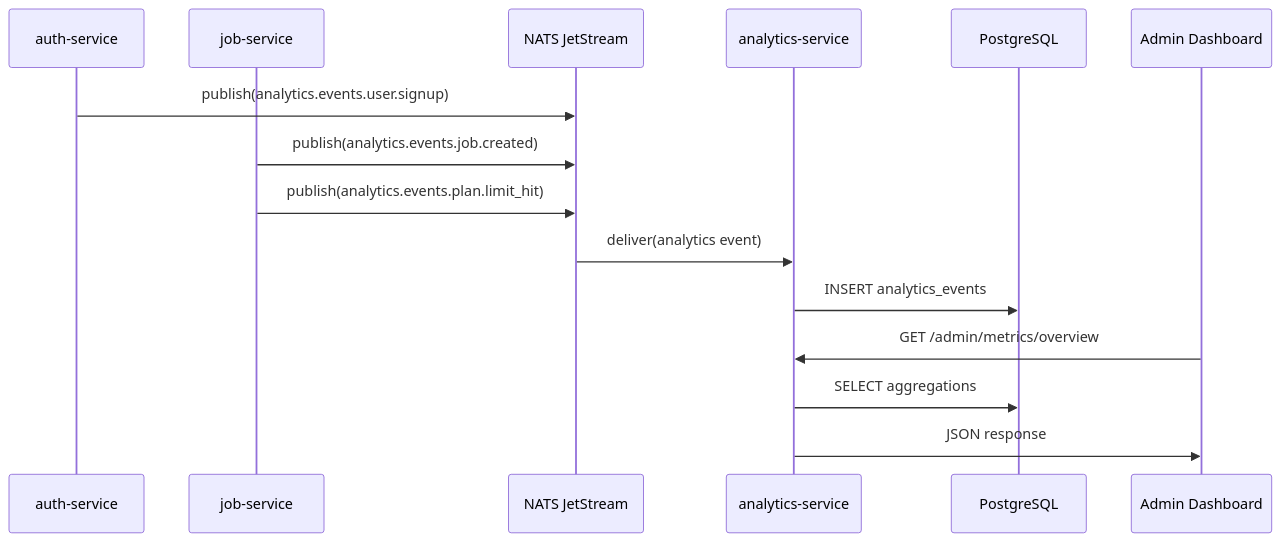
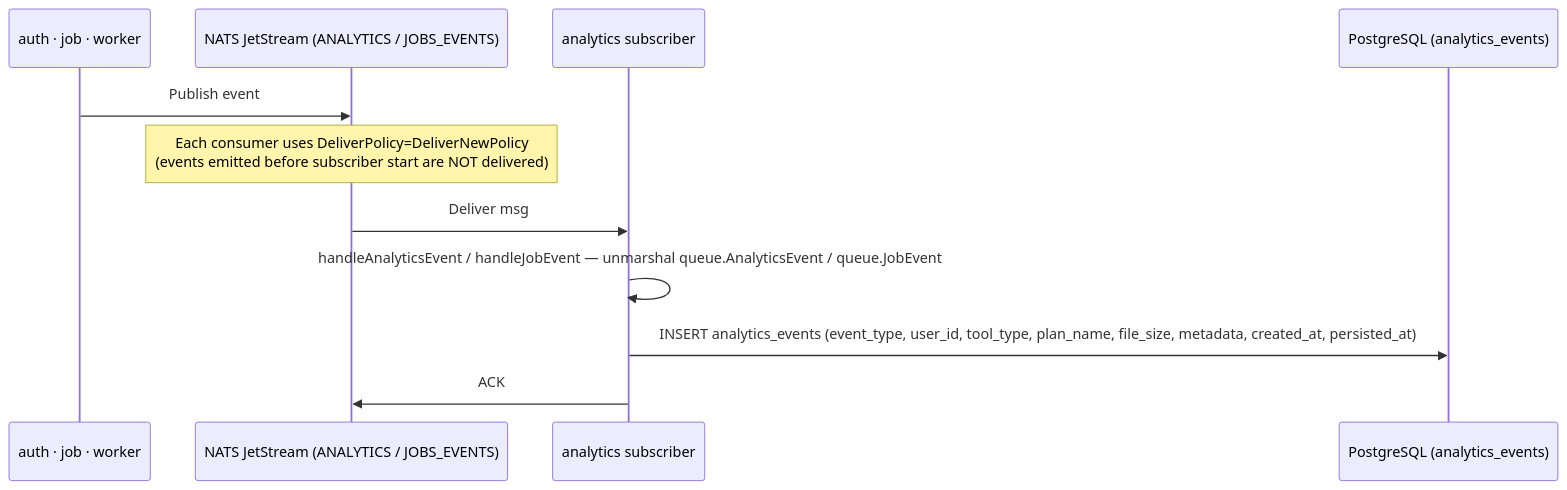
The third of 4 diagrams in docs/developer/mermaid/service-analytics-service-architecture.md (Prachidubey2003/fyredocs_backend), drawn with Mermaid before and after one commit. The commit also changed other lines of this file and 39 other files, not shown here.

Commit message:
Refactor PDF services to use NATS JetStream for job dispatch and event publishing; enhance documentation for OPTIMIZE_PDF and ORGANIZE_PDF services; remove deprecated UPLOAD_SERVICE documentation; update OpenAPI spec for improved clarity and accuracy.

````diff
--- a/docs/developer/mermaid/service-analytics-service-architecture.md
+++ b/docs/developer/mermaid/service-analytics-service-architecture.md
@@ -41,20 +61,14 @@
 ```mermaid
 sequenceDiagram
-    participant Auth as auth-service
-    participant Job as job-service
-    participant NATS as NATS JetStream
-    participant Analytics as analytics-service
-    participant DB as PostgreSQL
-    participant Admin as Admin Dashboard
+    participant Producer as auth · job · worker
+    participant NATS as NATS JetStream (ANALYTICS / JOBS_EVENTS)
+    participant Sub as analytics subscriber
+    participant DB as PostgreSQL (analytics_events)
 
-    Auth->>NATS: publish(analytics.events.user.signup)
-    Job->>NATS: publish(analytics.events.job.created)
-    Job->>NATS: publish(analytics.events.plan.limit_hit)
-
-    NATS->>Analytics: deliver(analytics event)
-    Analytics->>DB: INSERT analytics_events
-
-    Admin->>Analytics: GET /admin/metrics/overview
-    Analytics->>DB: SELECT aggregations
-    Analytics->>Admin: JSON response
+    Producer->>NATS: Publish event
+    Note over NATS: Each consumer uses DeliverPolicy=DeliverNewPolicy<br/>(events emitted before subscriber start are NOT delivered)
+    NATS->>Sub: Deliver msg
+    Sub->>Sub: handleAnalyticsEvent / handleJobEvent — unmarshal queue.AnalyticsEvent / queue.JobEvent
+    Sub->>DB: INSERT analytics_events (event_type, user_id, tool_type, plan_name, file_size, metadata, created_at, persisted_at)
+    Sub->>NATS: ACK
 ```
````
